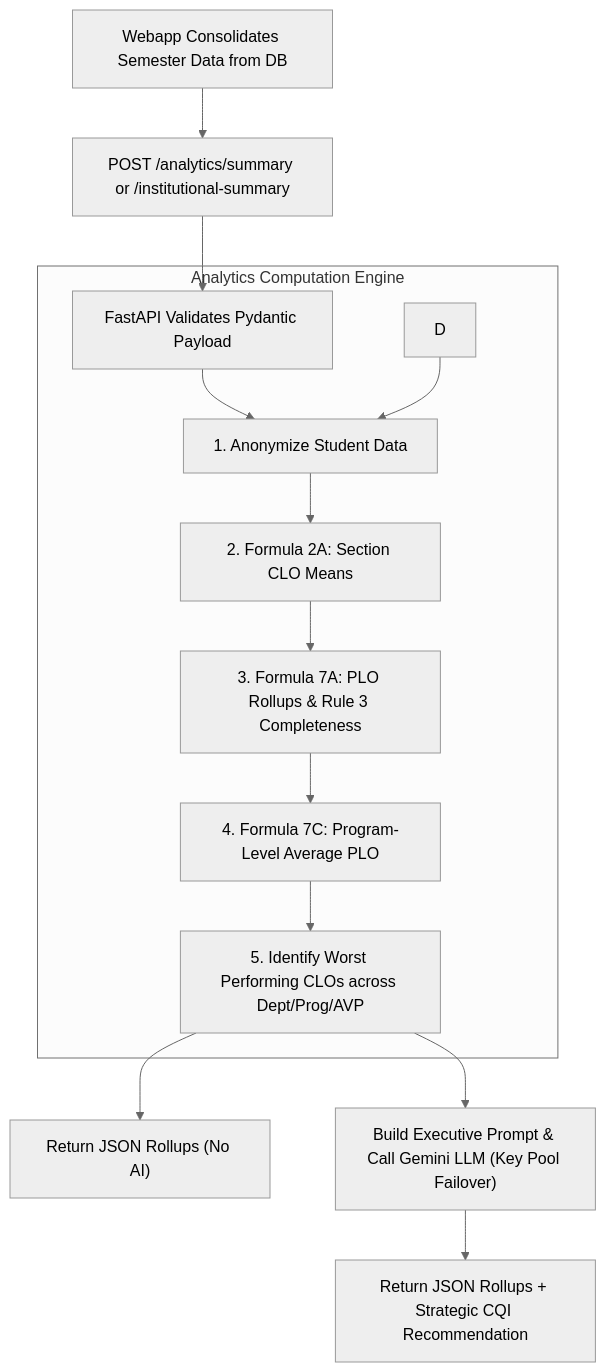
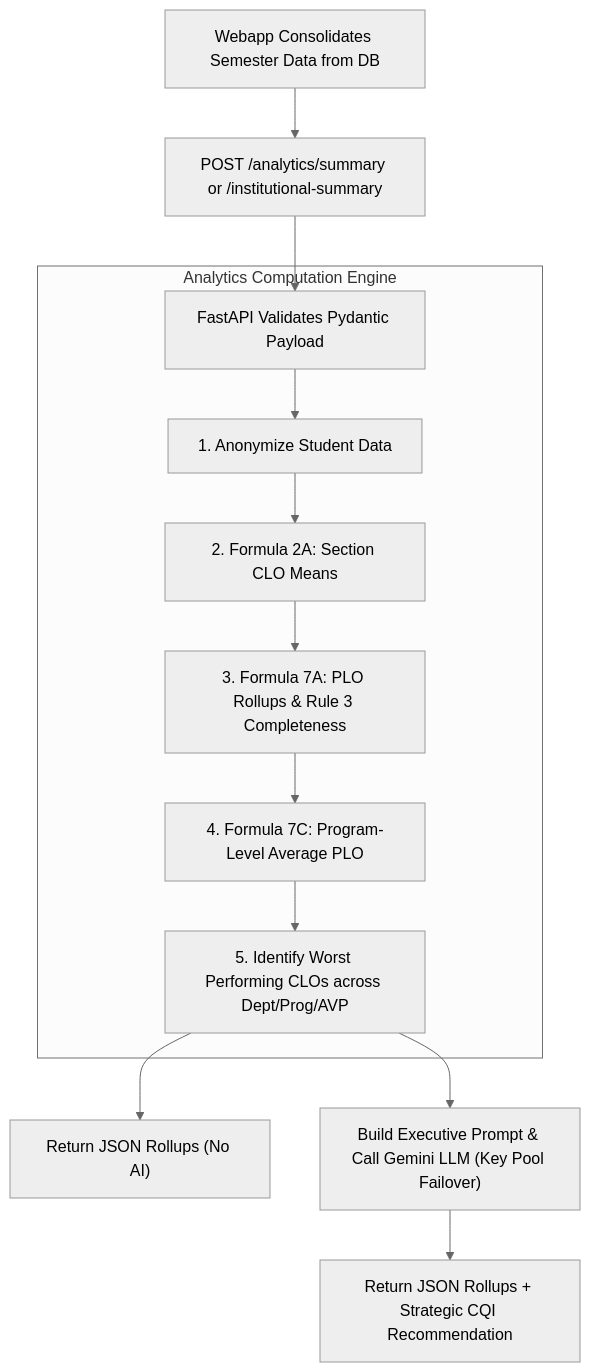
One commit to Zerodayu/Obelisk changed the second of 2 diagrams in apps/python-server/documentations/SYSTEM_PROCESS_EXPLAINED.md. Above: the diagram before and after it, drawn with Mermaid (neutral theme). The commit also changed other lines of this file and 14 other files, not shown here.

````diff
--- a/apps/python-server/documentations/SYSTEM_PROCESS_EXPLAINED.md
+++ b/apps/python-server/documentations/SYSTEM_PROCESS_EXPLAINED.md
@@ -140,18 +151,17 @@
 ```mermaid
 flowchart TD
     A["Webapp Consolidates Semester Data from DB"] --> B["POST /analytics/summary or /institutional-summary"]
     B --> C["FastAPI Validates Pydantic Payload"]
     
     subgraph Analytics Computation Engine
         C --> E["1. Anonymize Student Data"]
-        D --> E
         E --> F["2. Formula 2A: Section CLO Means"]
         F --> G["3. Formula 7A: PLO Rollups & Rule 3 Completeness"]
         G --> H["4. Formula 7C: Program-Level Average PLO"]
         H --> I["5. Identify Worst Performing CLOs across Dept/Prog/AVP"]
     end
     
     I --> J["Return JSON Rollups (No AI)"]
     I --> K["Build Executive Prompt & Call Gemini LLM (Key Pool Failover)"]
     K --> L["Return JSON Rollups + Strategic CQI Recommendation"]
 ```
````
